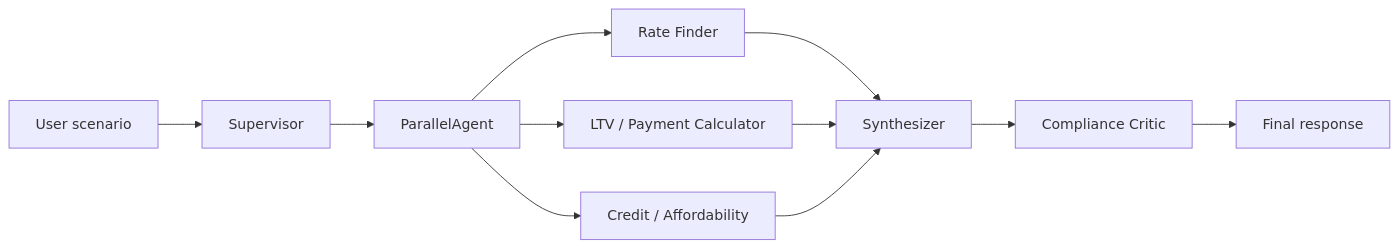
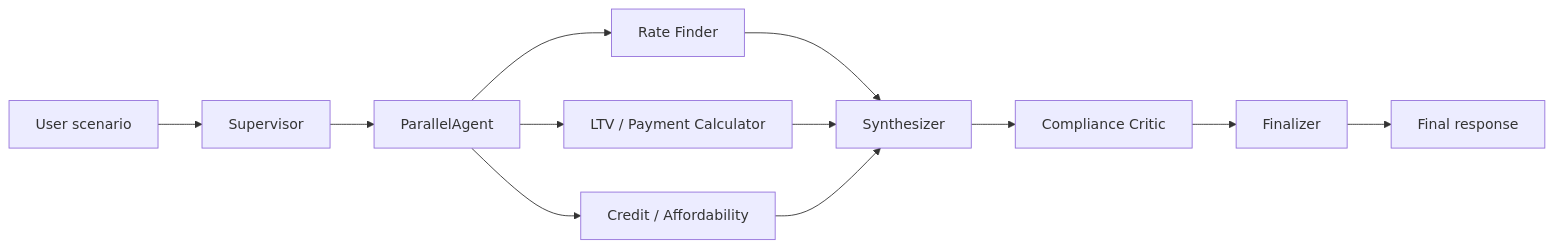
Before and after one commit to jhhlim/ucsc-ai-agent-course: the diagram in hw3/README.md, drawn with Mermaid. The commit also changed other lines of this file, not shown here.

````diff
--- a/hw3/README.md
+++ b/hw3/README.md
@@ -7,13 +200,14 @@
 ```mermaid
 flowchart LR
     User[User scenario] --> Sup[Supervisor]
     Sup --> Par[ParallelAgent]
     Par --> R[Rate Finder]
     Par --> P[LTV / Payment Calculator]
     Par --> A[Credit / Affordability]
     R --> Syn[Synthesizer]
     P --> Syn
     A --> Syn
     Syn --> C[Compliance Critic]
-    C --> Out[Final response]
+    C --> Fin[Finalizer]
+    Fin --> Out[Final response]
 ```
````
